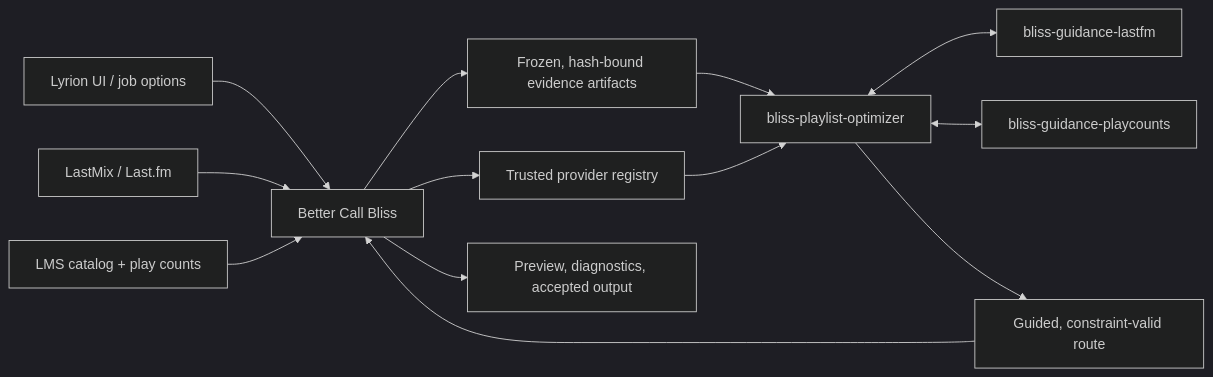
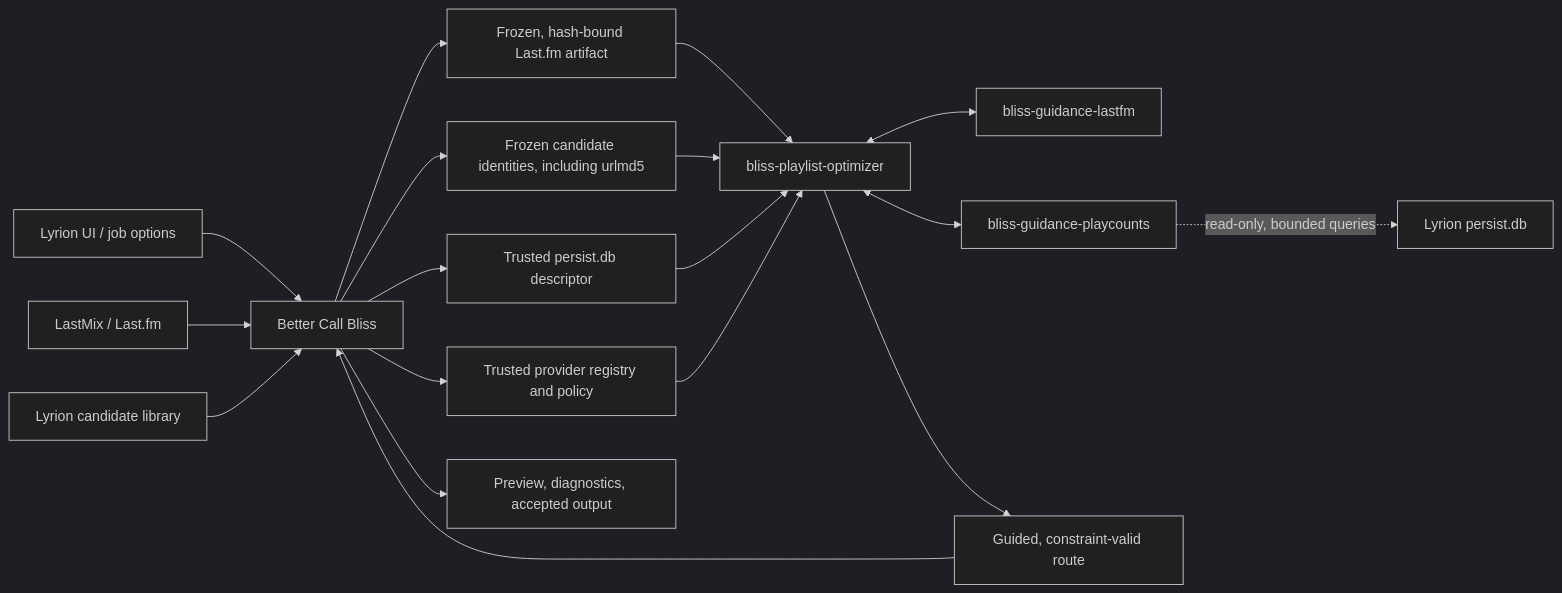
Before and after one commit to chrober/lms-better-call-bliss: the diagram in docs/superpowers/specs/2026-09-19-guidance-spi-migration-design.md, drawn with Mermaid (dark theme). The commit also changed other lines of this file and 1 other file, not shown here.

````diff
--- a/docs/superpowers/specs/2026-09-19-guidance-spi-migration-design.md
+++ b/docs/superpowers/specs/2026-09-19-guidance-spi-migration-design.md
@@ -31,15 +44,20 @@
 ```mermaid
 flowchart LR
   U["Lyrion UI / job options"] --> B["Better Call Bliss"]
   L["LastMix / Last.fm"] --> B
-  P["LMS catalog + play counts"] --> B
-  B --> E["Frozen, hash-bound evidence artifacts"]
-  B --> R["Trusted provider registry"]
-  E --> O["bliss-playlist-optimizer"]
+  C["Lyrion candidate library"] --> B
+  B --> LE["Frozen, hash-bound Last.fm artifact"]
+  B --> CI["Frozen candidate identities, including urlmd5"]
+  B --> PR["Trusted persist.db descriptor"]
+  B --> R["Trusted provider registry and policy"]
+  LE --> O["bliss-playlist-optimizer"]
+  CI --> O
+  PR --> O
   R --> O
   O <--> LF["bliss-guidance-lastfm"]
   O <--> PC["bliss-guidance-playcounts"]
+  PC -. "read-only, bounded queries" .-> DB["Lyrion persist.db"]
   O --> G["Guided, constraint-valid route"]
   G --> B
   B --> V["Preview, diagnostics, accepted output"]
 ```
````
